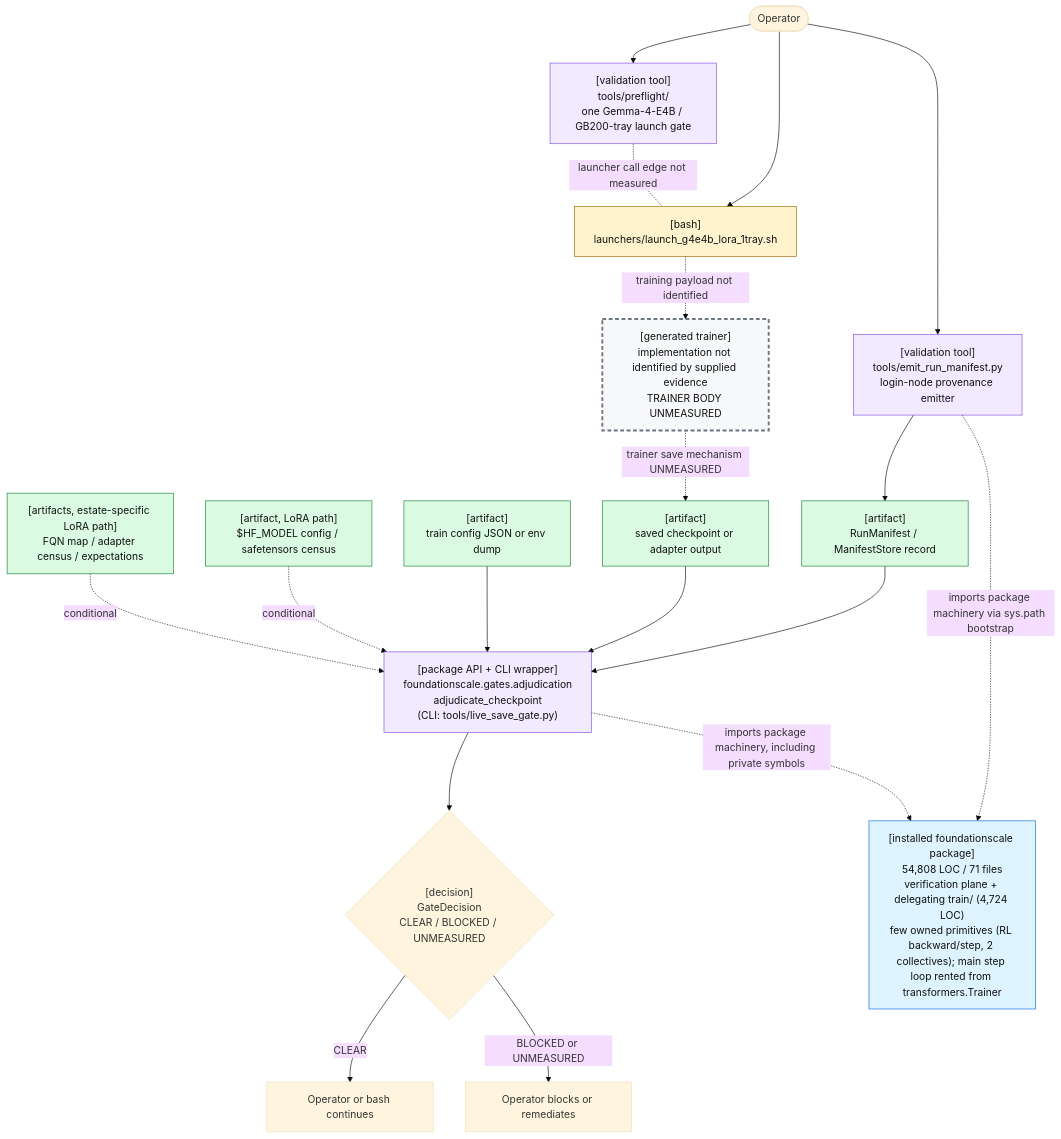
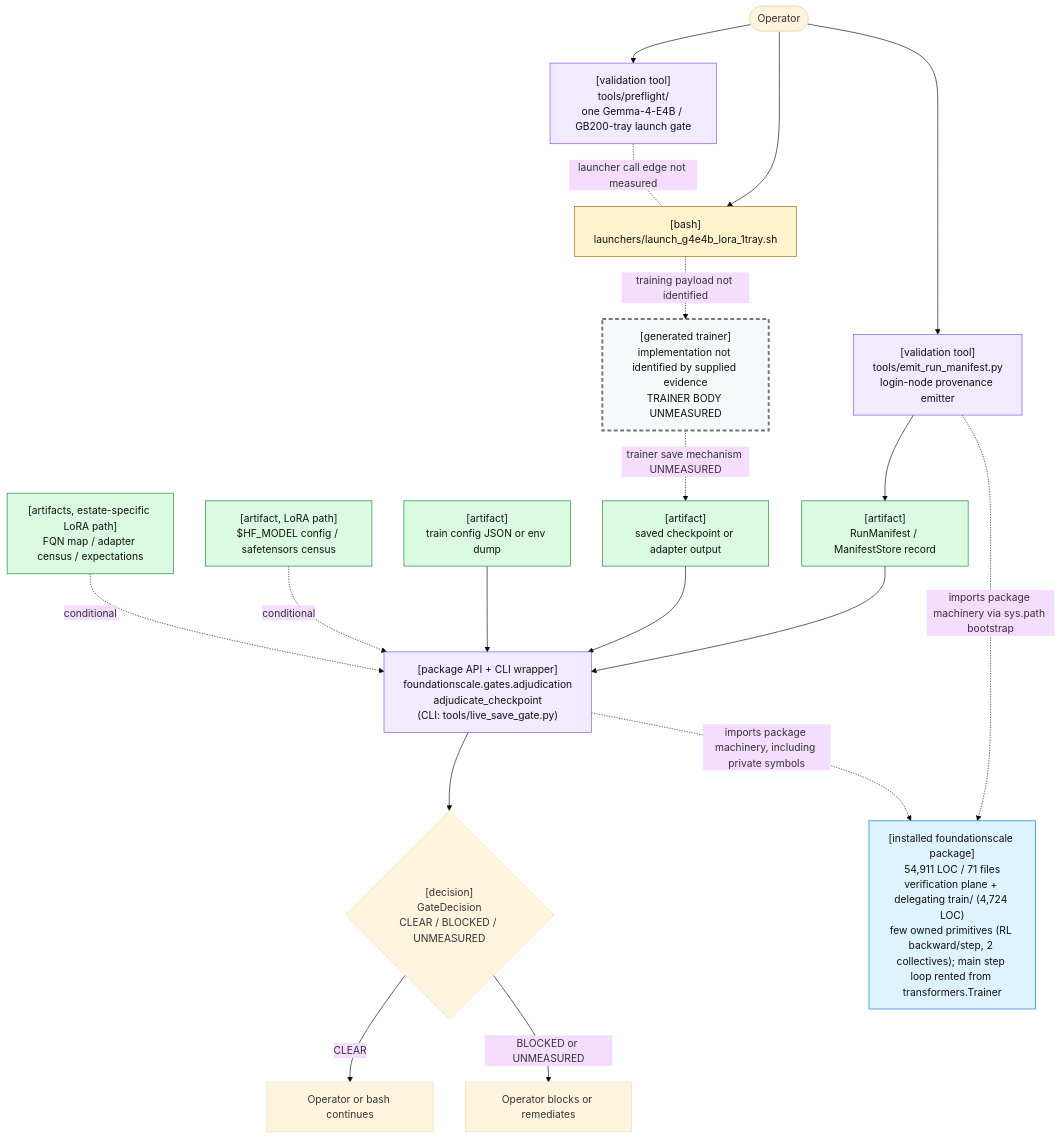
Before and after one commit to TranNhiem/FoundationScale: the first of 2 diagrams in docs/review/D2_current_architecture.md, drawn with Mermaid (base theme). The commit also changed other lines of this file and 10 other files, not shown here.

````diff
--- a/docs/review/D2_current_architecture.md
+++ b/docs/review/D2_current_architecture.md
@@ -25,59 +25,59 @@
 ```mermaid
 flowchart TB
   O(["Operator"])
 
   PF["[validation tool]<br/>tools/preflight/<br/>one Gemma-4-E4B / GB200-tray launch gate"]
   L["[bash]<br/>launchers/launch_g4e4b_lora_1tray.sh"]
 
   E["[validation tool]<br/>tools/emit_run_manifest.py<br/>login-node provenance emitter"]
   M["[artifact]<br/>RunManifest / ManifestStore record"]
 
   T["[generated trainer]<br/>implementation not identified by supplied evidence<br/>TRAINER BODY UNMEASURED"]
   C["[artifact]<br/>saved checkpoint or adapter output"]
 
   G["[package API + CLI wrapper]<br/>foundationscale.gates.adjudication<br/>adjudicate_checkpoint<br/>(CLI: tools/live_save_gate.py)"]
   CFG["[artifact]<br/>train config JSON or env dump"]
   BASE["[artifact, LoRA path]<br/>$HF_MODEL config / safetensors census"]
   CEN["[artifacts, estate-specific LoRA path]<br/>FQN map / adapter census / expectations"]
 
   D{"[decision]<br/>GateDecision<br/>CLEAR / BLOCKED / UNMEASURED"}
   OK["Operator or bash continues"]
   NO["Operator blocks or remediates"]
 
-  PKG["[installed foundationscale package]<br/>54,808 LOC / 71 files<br/>verification plane + delegating train/ (4,724 LOC)<br/>few owned primitives (RL backward/step, 2 collectives); main step loop rented from transformers.Trainer"]
+  PKG["[installed foundationscale package]<br/>54,911 LOC / 71 files<br/>verification plane + delegating train/ (4,724 LOC)<br/>few owned primitives (RL backward/step, 2 collectives); main step loop rented from transformers.Trainer"]
 
   O --> PF
   O --> L
   PF -. "launcher call edge not measured" .- L
 
   O --> E
   E --> M
 
   L -. "training payload not identified" .-> T
   T -. "trainer save mechanism UNMEASURED" .-> C
 
   M --> G
   C --> G
   CFG --> G
   BASE -. "conditional" .-> G
   CEN -. "conditional" .-> G
 
   E -. "imports package machinery via sys.path bootstrap" .-> PKG
   G -. "imports package machinery, including private symbols" .-> PKG
 
   G --> D
   D -->|"CLEAR"| OK
   D -->|"BLOCKED or UNMEASURED"| NO
 
   classDef bash fill:#fff3cd,stroke:#9a6700,color:#111;
   classDef tool fill:#f2eaff,stroke:#8250df,color:#111;
   classDef artifact fill:#dafbe1,stroke:#1a7f37,color:#111;
   classDef gap fill:#f6f8fa,stroke:#6e7781,stroke-width:3px,stroke-dasharray: 6 4,color:#111;
   classDef pkg fill:#ddf4ff,stroke:#0969da,color:#111;
 
   class L bash;
   class PF,E,G tool;
   class M,C,CFG,BASE,CEN artifact;
   class T gap;
   class PKG pkg;
 ```
````
